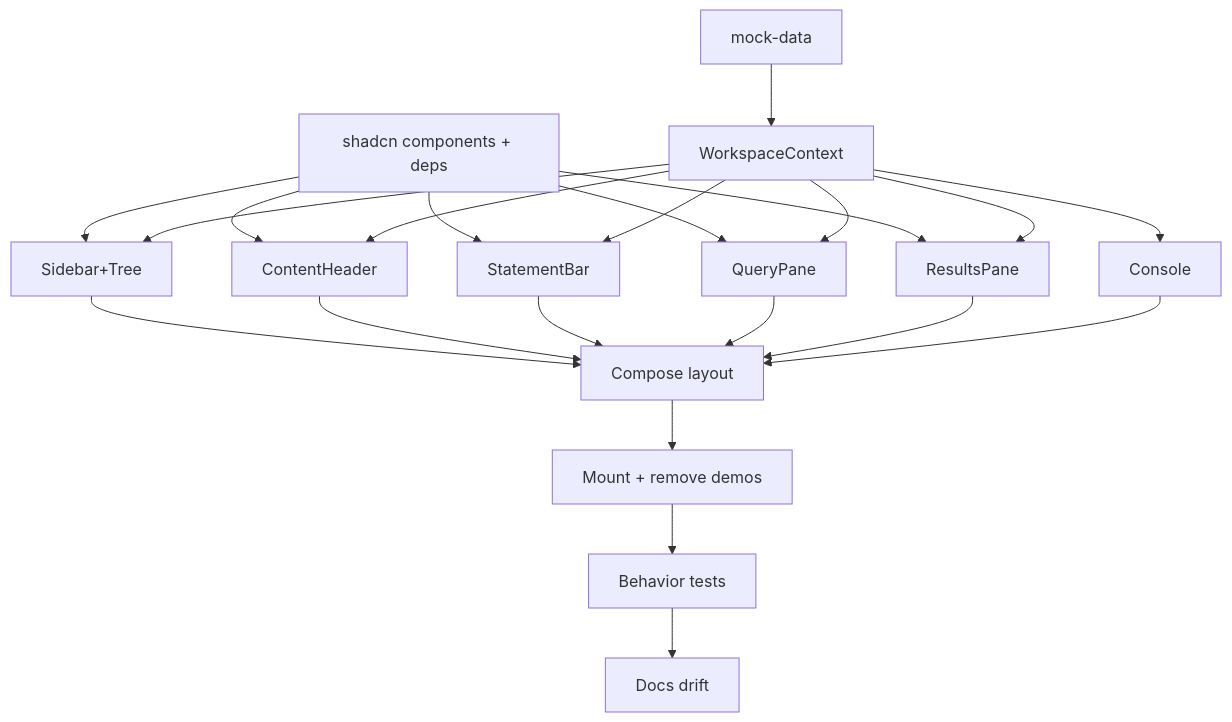
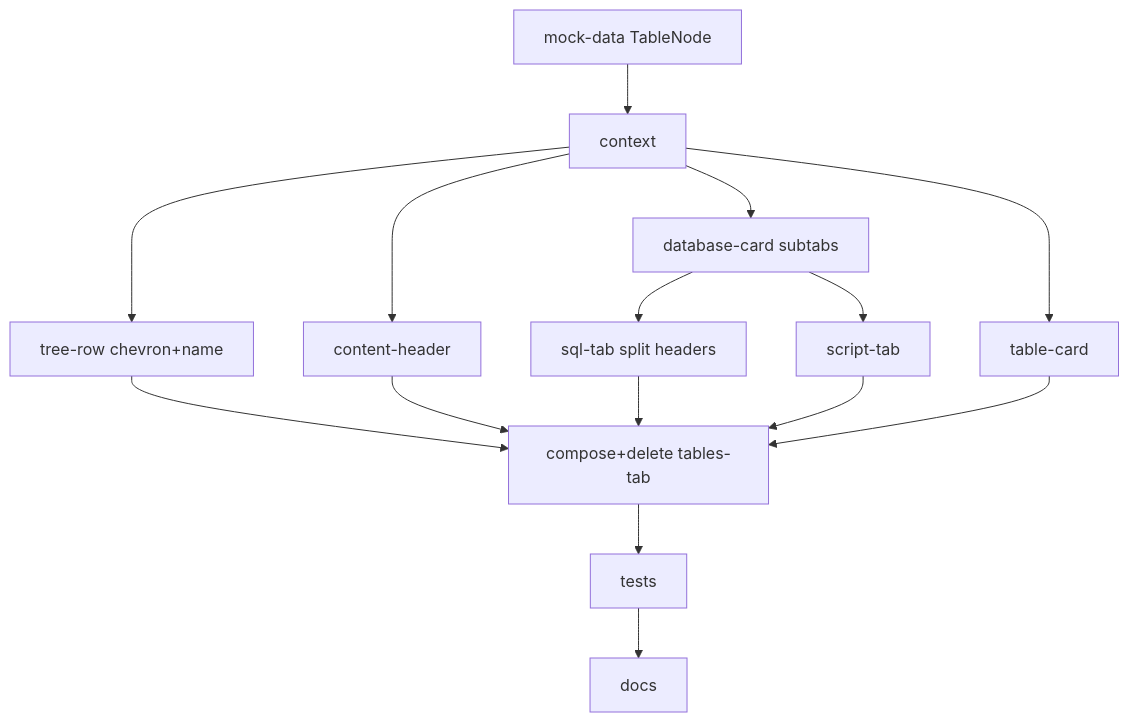
The diagram in docs/features/20260619202258-layout/plan.md (piotrzielinski1994/purequery), drawn with Mermaid before and after one commit. The commit also changed other lines of this file and 33 other files, not shown here.

First line of the commit message:
feat: tables in sidebar, table cards, split SQL headers

````diff
--- a/docs/features/20260619202258-layout/plan.md
+++ b/docs/features/20260619202258-layout/plan.md
@@ -38,24 +45,17 @@
 ```mermaid
 graph TD
-    T1[shadcn components + deps] --> T4[Sidebar+Tree]
-    T1 --> T5[ContentHeader]
-    T1 --> T6[StatementBar]
-    T1 --> T7[QueryPane]
-    T1 --> T8[ResultsPane]
-    T2[mock-data] --> T3[WorkspaceContext]
-    T3 --> T4
-    T3 --> T5
-    T3 --> T6
-    T3 --> T7
-    T3 --> T8
-    T3 --> T9[Console]
-    T4 --> T10[Compose layout]
-    T5 --> T10
-    T6 --> T10
-    T7 --> T10
-    T8 --> T10
-    T9 --> T10
-    T10 --> T11[Mount + remove demos]
-    T11 --> T12[Behavior tests]
-    T12 --> T13[Docs drift]
+    T1[mock-data TableNode] --> T2[context]
+    T2 --> T3[tree-row chevron+name]
+    T2 --> T4[content-header]
+    T2 --> T5[database-card subtabs]
+    T5 --> T6[sql-tab split headers]
+    T5 --> T7[script-tab]
+    T2 --> T8[table-card]
+    T3 --> T9[compose+delete tables-tab]
+    T4 --> T9
+    T6 --> T9
+    T7 --> T9
+    T8 --> T9
+    T9 --> T10[tests]
+    T10 --> T11[docs]
 ```
````
